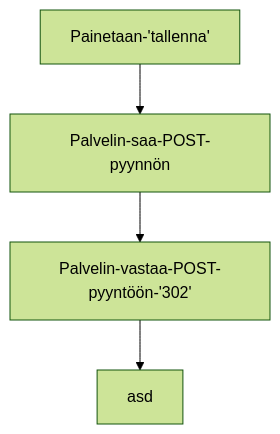
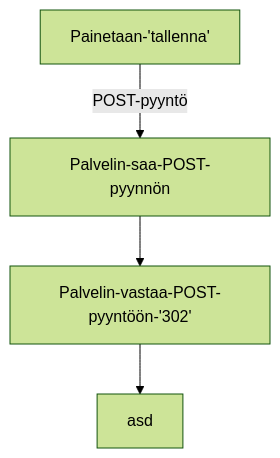
One commit to PasiParviainen/Fullstackosa0 changed the diagram in 0.4.md. Above: the diagram before and after it, drawn with Mermaid (forest theme).

````diff
--- a/0.4.md
+++ b/0.4.md
@@ -1,7 +1,7 @@
 ```mermaid
 graph TD;
-  Painetaan-'tallenna'-->
+  Painetaan-'tallenna'--POST-pyyntö-->
   Palvelin-saa-POST-pyynnön-->
   Palvelin-vastaa-POST-pyyntöön-'302'-->
   asd;
 ```
````
